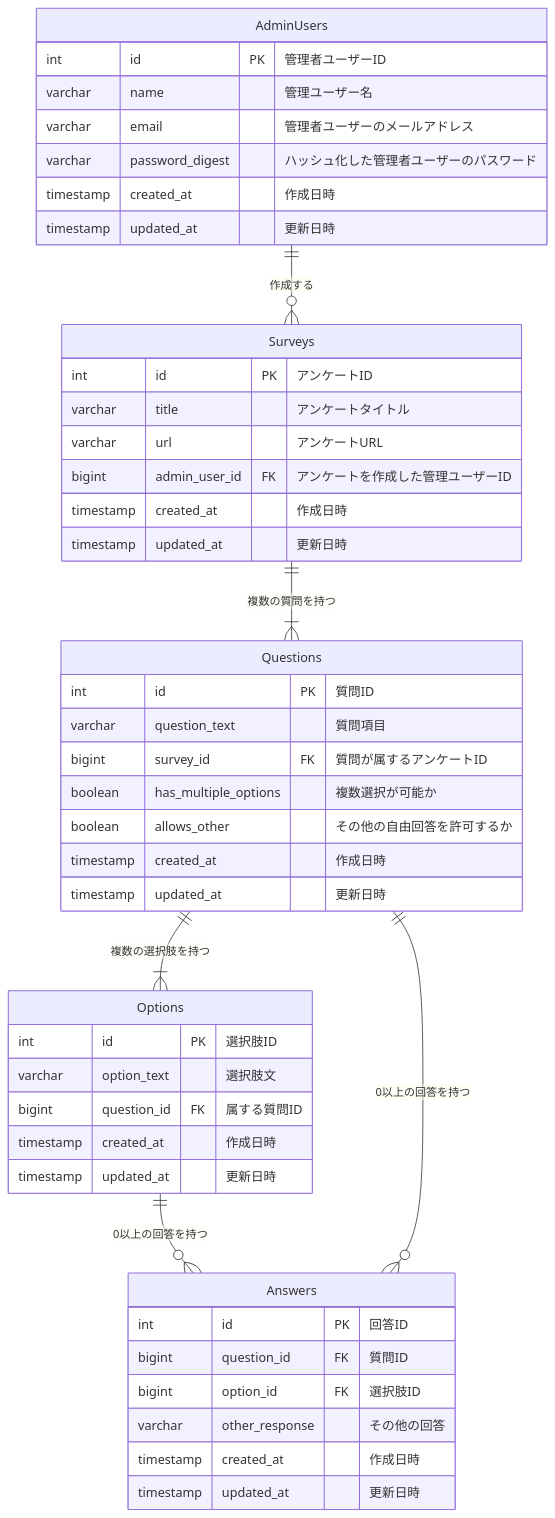
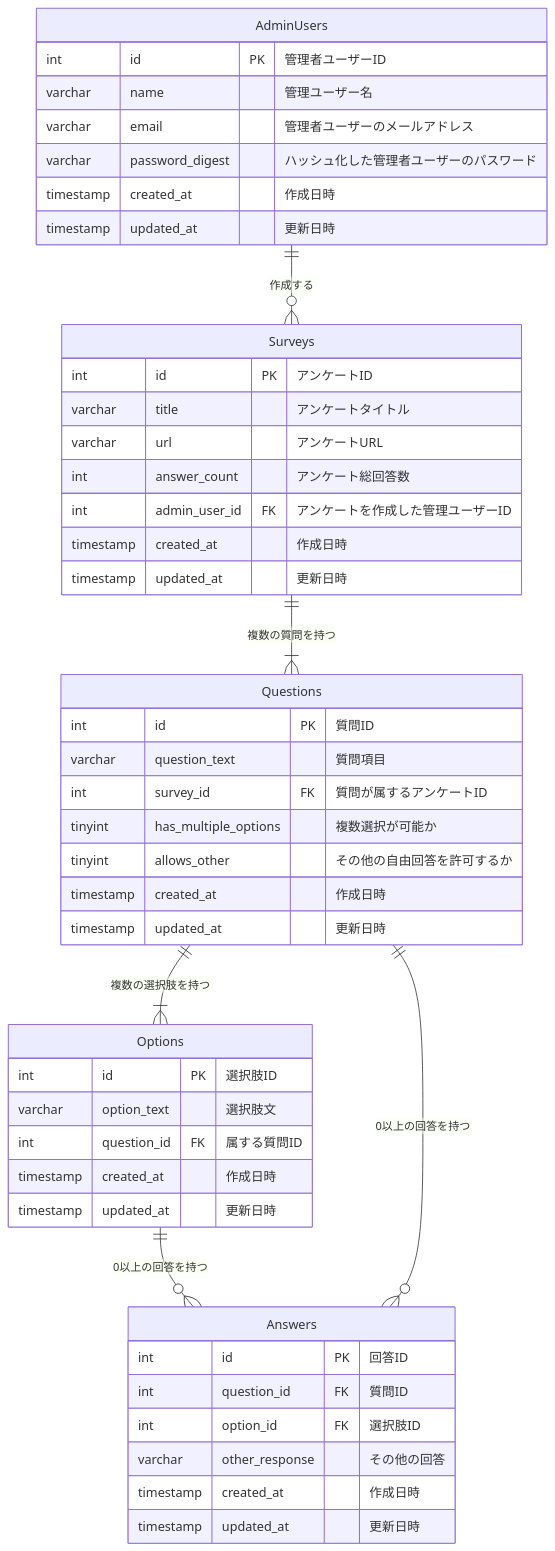
The diagram in README.md (yamatowani/questionnaire-system), drawn with Mermaid before and after one commit. The commit also changed other lines of this file, not shown here.

Commit message:
add: answer_count field in README

````diff
--- a/README.md
+++ b/README.md
@@ -194,57 +195,58 @@
 ```mermaid
 erDiagram
 
     AdminUsers {
         int id PK "管理者ユーザーID"
         varchar name "管理ユーザー名"
         varchar email "管理者ユーザーのメールアドレス"
         varchar password_digest "ハッシュ化した管理者ユーザーのパスワード"
         timestamp created_at "作成日時"
         timestamp updated_at "更新日時"
     }
 
     Surveys {
         int id PK "アンケートID"
         varchar title "アンケートタイトル"
         varchar url "アンケートURL"
-        bigint admin_user_id FK "アンケートを作成した管理ユーザーID"
+        int     answer_count "アンケート総回答数"
+        int admin_user_id FK "アンケートを作成した管理ユーザーID"
         timestamp created_at "作成日時"
         timestamp updated_at "更新日時"
     }
 
     Questions {
         int id PK "質問ID"
         varchar question_text "質問項目"
-        bigint survey_id FK "質問が属するアンケートID"
-        boolean has_multiple_options "複数選択が可能か"
-        boolean allows_other "その他の自由回答を許可するか"
+        int survey_id FK "質問が属するアンケートID"
+        tinyint has_multiple_options "複数選択が可能か"
+        tinyint allows_other "その他の自由回答を許可するか"
         timestamp created_at "作成日時"
         timestamp updated_at "更新日時"
     }
 
     Options {
         int id PK "選択肢ID"
         varchar option_text "選択肢文"
-        bigint question_id FK "属する質問ID"
+        int question_id FK "属する質問ID"
         timestamp created_at "作成日時"
         timestamp updated_at "更新日時"
     }
 
     Answers {
         int id PK "回答ID"
-        bigint question_id FK "質問ID"
-        bigint option_id FK "選択肢ID"
+        int question_id FK "質問ID"
+        int option_id FK "選択肢ID"
         varchar other_response "その他の回答"
         timestamp created_at "作成日時"
         timestamp updated_at "更新日時"
     }
 
     
     %% リレーションシップ
     AdminUsers ||--o{ Surveys : "作成する"
     Surveys ||--|{ Questions : "複数の質問を持つ"
     Questions ||--|{ Options : "複数の選択肢を持つ"
     Options ||--o{ Answers : "0以上の回答を持つ"
     Questions ||--o{ Answers : "0以上の回答を持つ"
 
 ```
````
